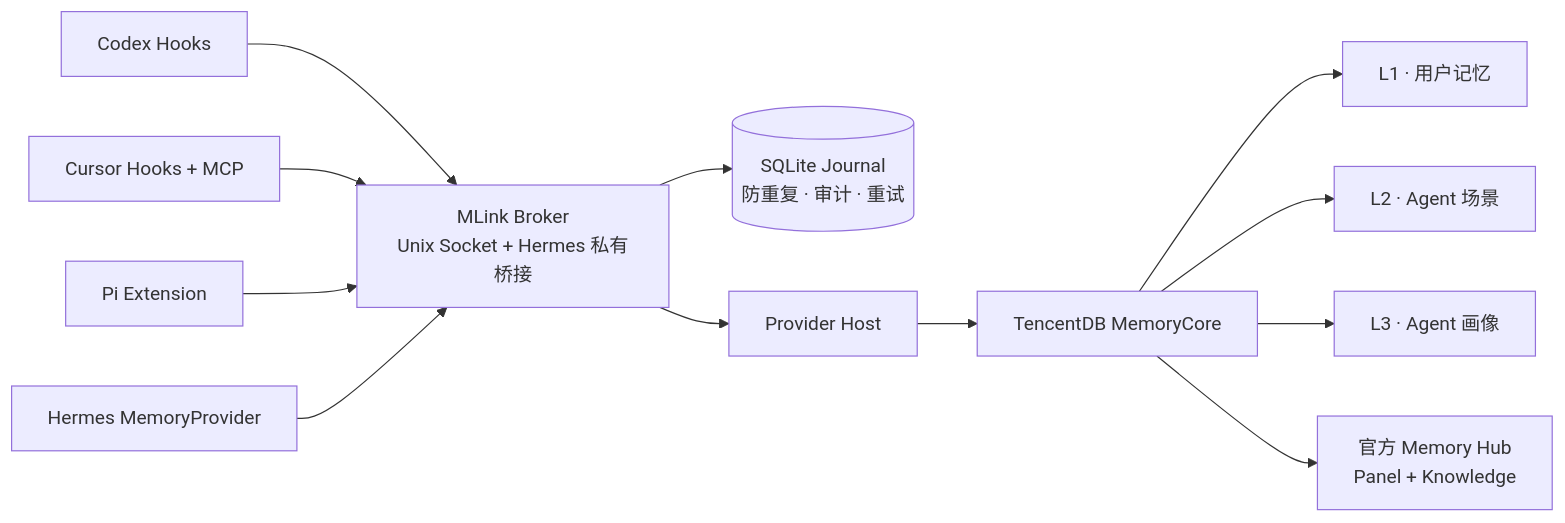
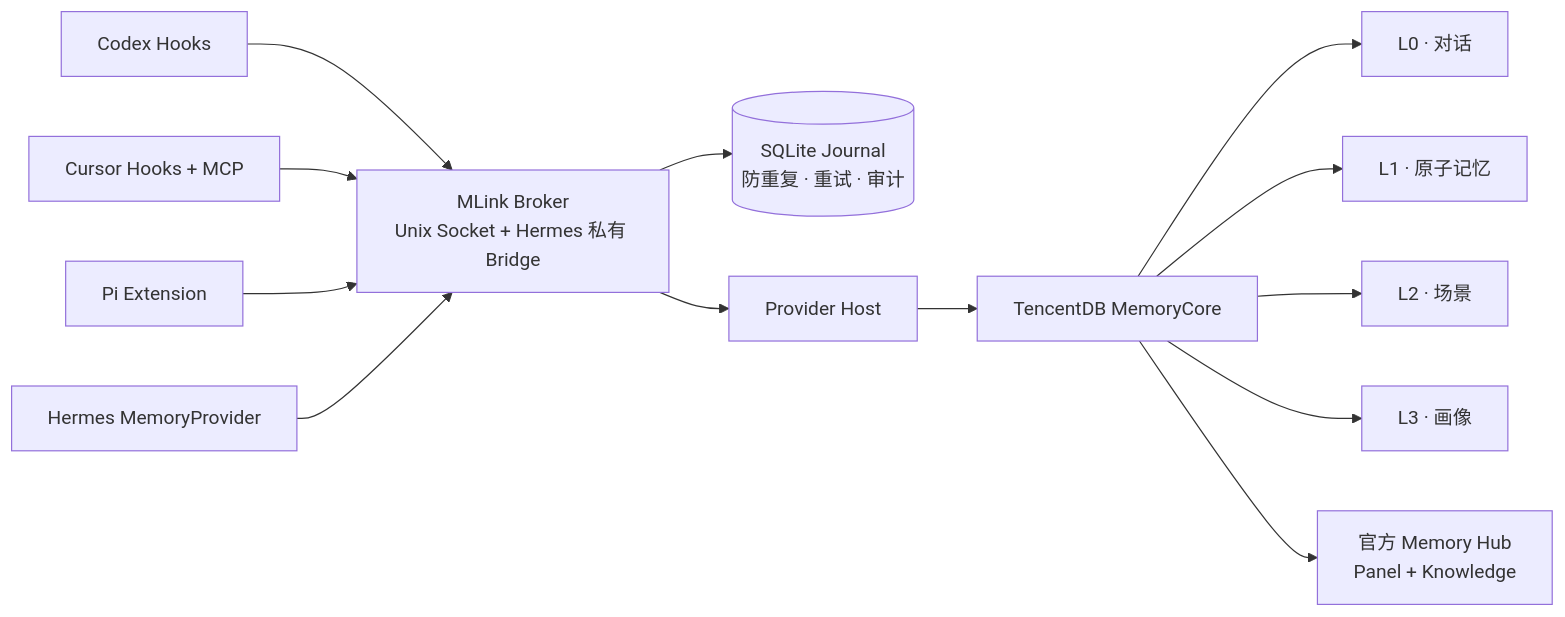
The diagram in README.zh-CN.md (Chenkeliang/mlink), drawn with Mermaid before and after one commit. The commit also changed other lines of this file and 4 other files, not shown here.

````diff
--- a/README.zh-CN.md
+++ b/README.zh-CN.md
@@ -48,16 +74,17 @@
 ```mermaid
 flowchart LR
     C[Codex Hooks] --> B
     U[Cursor Hooks + MCP] --> B
     P[Pi Extension] --> B
     H[Hermes MemoryProvider] --> B
 
-    B[MLink Broker<br/>Unix Socket + Hermes 私有桥接]
-    B --> J[(SQLite Journal<br/>防重复 · 审计 · 重试)]
+    B[MLink Broker<br/>Unix Socket + Hermes 私有 Bridge]
+    B --> J[(SQLite Journal<br/>防重复 · 重试 · 审计)]
     B --> R[Provider Host]
     R --> M[TencentDB MemoryCore]
-    M --> L1[L1 · 用户记忆]
-    M --> L2[L2 · Agent 场景]
-    M --> L3[L3 · Agent 画像]
+    M --> L0[L0 · 对话]
+    M --> L1[L1 · 原子记忆]
+    M --> L2[L2 · 场景]
+    M --> L3[L3 · 画像]
     M --> HUB[官方 Memory Hub<br/>Panel + Knowledge]
 ```
````
